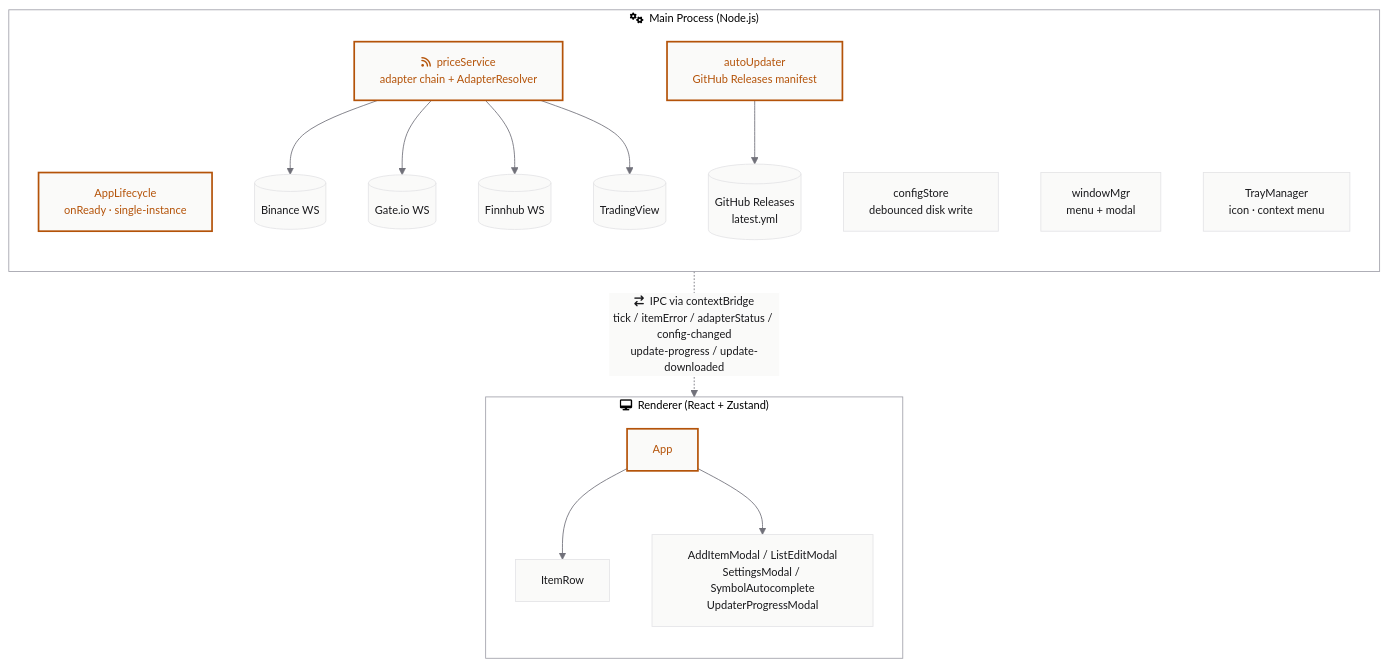
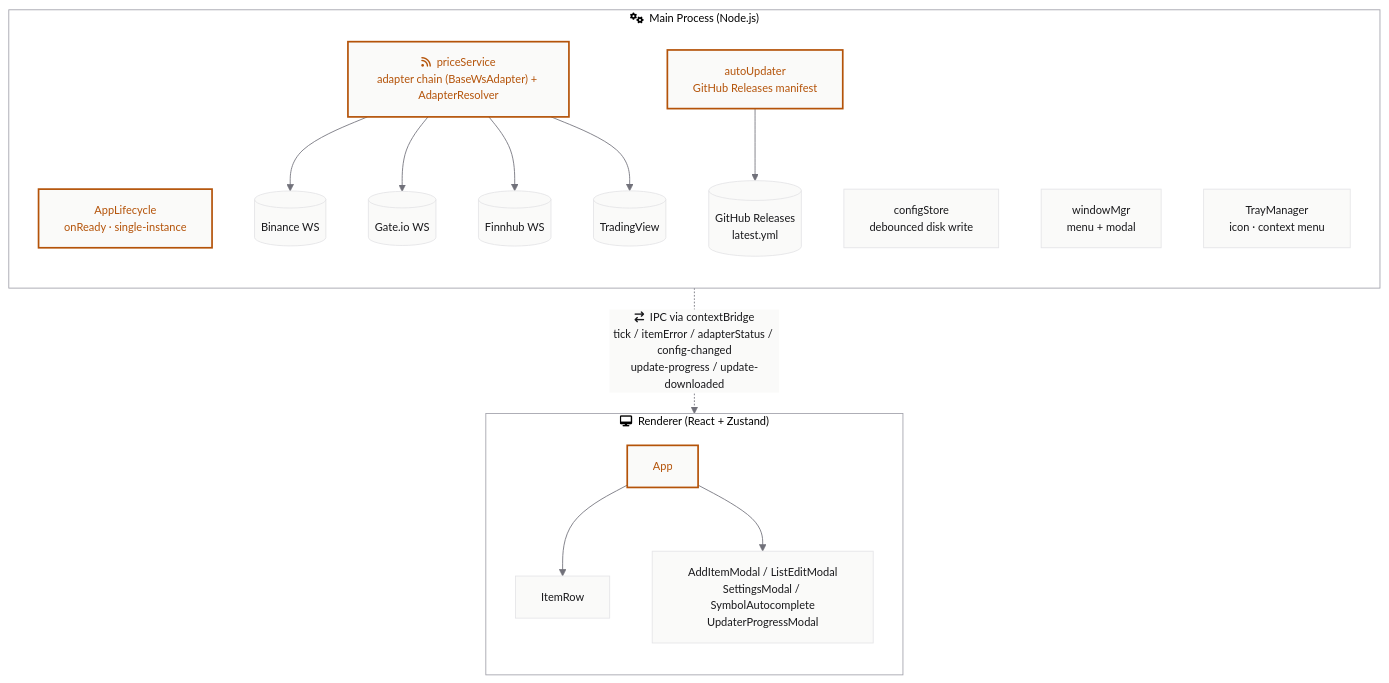
Before and after one commit to Seober/InvestingWidget: the diagram in docs/architecture.mmd, drawn with Mermaid. The commit also changed 1 other file, not shown here.

Commit message:
docs: architecture v0.6.0 — priceService description + versioned svg link
- docs/architecture.mmd: priceService 노드 description 에 BaseWsAdapter 명시
  ("adapter chain + AdapterResolver" → "adapter chain (BaseWsAdapter) + AdapterResolver").
  Stage 4 의 base class 추출 반영. high-level 다이어그램 구조는 그대로.
- README.md: 시스템 아키텍처 SVG src·alt text v0.5.0 → v0.6.0.

docs/architecture_v0.6.0.svg 생성은 사용자가 mermaid live editor (mermaid.live)
에서 갱신된 .mmd 붙여넣고 export 후 별도 commit (이전 release 패턴 동일).
web_portfolio 의 SVG link 갱신은 사용자가 별 작업으로 진행.

```diff
--- a/docs/architecture.mmd
+++ b/docs/architecture.mmd
@@ -1,45 +1,45 @@
 %%{init: {
     "theme": "base",
     "themeVariables": {
       "background": "#FAFAF9",
       "mainBkg": "#FAFAF9",
       "primaryColor": "#FAFAF9",
       "primaryTextColor": "#18181B",
       "primaryBorderColor": "#E4E4E7",
       "lineColor": "#71717A",
       "fontFamily": "ui-monospace, Menlo, Cascadia Code, monospace",
       "fontSize": "13px",
       "clusterBkg": "transparent",
       "clusterBorder": "#A1A1AA",
       "edgeLabelBackground": "#FAFAF9"
     }
   }}%%
   flowchart TB
       subgraph main["fa:fa-cogs &nbsp;Main Process (Node.js)"]
           direction TB
           lifecycle["AppLifecycle<br/>onReady · single-instance"]:::accent
-          ps["fa:fa-rss &nbsp;priceService<br/>adapter chain + AdapterResolver"]:::accent
+          ps["fa:fa-rss &nbsp;priceService<br/>adapter chain (BaseWsAdapter) + AdapterResolver"]:::accent
           cs["configStore<br/>debounced disk write"]
           wm["windowMgr<br/>menu + modal"]
           tray["TrayManager<br/>icon · context menu"]
           updater["autoUpdater<br/>GitHub Releases manifest"]:::accent
 
           ps --> binance[("Binance WS")]
           ps --> gateio[("Gate.io WS")]
           ps --> finnhub[("Finnhub WS")]
           ps --> tv[("TradingView")]
           updater --> ghrelease[("GitHub Releases<br/>latest.yml")]
       end
 
       subgraph renderer["fa:fa-desktop &nbsp;Renderer (React + Zustand)"]
           direction TB
           app["App"]:::accent
           ir["ItemRow"]
           modals["AddItemModal / ListEditModal<br/>SettingsModal / SymbolAutocomplete<br/>UpdaterProgressModal"]
           app --> ir
           app --> modals
       end
 
       main -.->|"fa:fa-exchange &nbsp;IPC via contextBridge<br/>tick / itemError / adapterStatus / config-changed<br/>update-progress / update-downloaded"| renderer
 
       classDef accent stroke:#B45309,color:#B45309,stroke-width:2px
```
